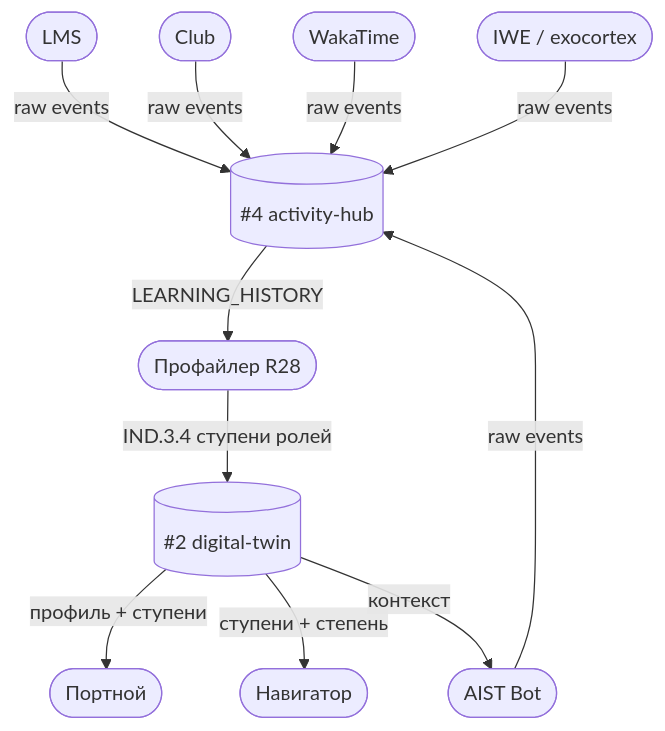
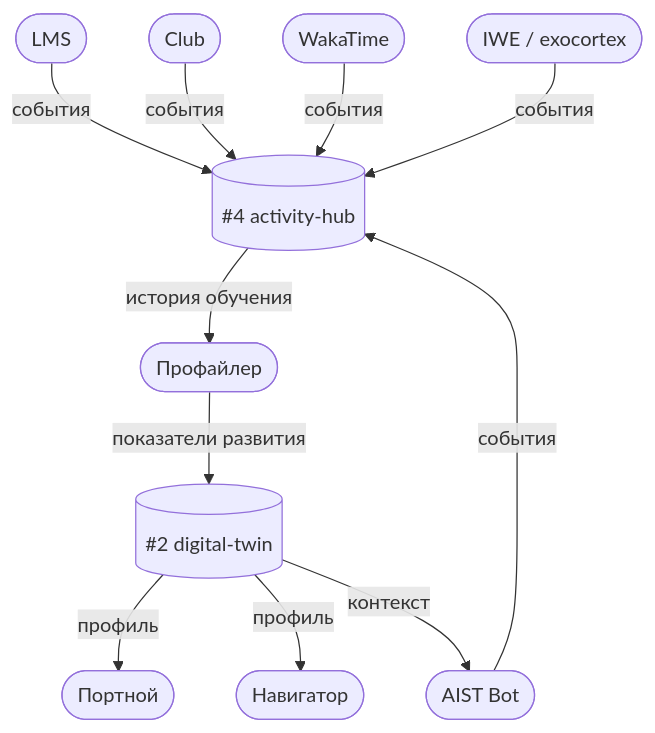
Before and after one commit to TserenTserenov/PACK-digital-platform: the third of 12 diagrams in pack/digital-platform/02-domain-entities/DP.ARCH.004-neon-data-architecture.md, drawn with Mermaid. The commit also changed other lines of this file, not shown here.

First line of the commit message:
fix(DP.ARCH.004): исправить диаграммы §4.0-4.5

````diff
--- a/pack/digital-platform/02-domain-entities/DP.ARCH.004-neon-data-architecture.md
+++ b/pack/digital-platform/02-domain-entities/DP.ARCH.004-neon-data-architecture.md
@@ -363,17 +371,17 @@
 ```mermaid
 graph TD
-    LMS([LMS]) -->|raw events| AH
-    Club([Club]) -->|raw events| AH
-    Bot([AIST Bot]) -->|raw events| AH
-    WakaTime([WakaTime]) -->|raw events| AH
-    IWE([IWE / exocortex]) -->|raw events| AH
+    LMS([LMS]) -->|"события"| AH
+    Club([Club]) -->|"события"| AH
+    Bot([AIST Bot]) -->|"события"| AH
+    WakaTime([WakaTime]) -->|"события"| AH
+    IWE([IWE / exocortex]) -->|"события"| AH
 
     AH[(#4 activity-hub)]
 
-    AH -->|LEARNING_HISTORY| Profiler([Профайлер R28])
-    Profiler -->|IND.3.4 ступени ролей| DT[(#2 digital-twin)]
+    AH -->|"история обучения"| Profiler([Профайлер])
+    Profiler -->|"показатели развития"| DT[(#2 digital-twin)]
 
-    DT -->|профиль + ступени| Tailor([Портной])
-    DT -->|ступени + степень| Navigator([Навигатор])
-    DT -->|контекст| Bot
+    DT -->|"профиль"| Tailor([Портной])
+    DT -->|"профиль"| Navigator([Навигатор])
+    DT -->|"контекст"| Bot
 ```
````
